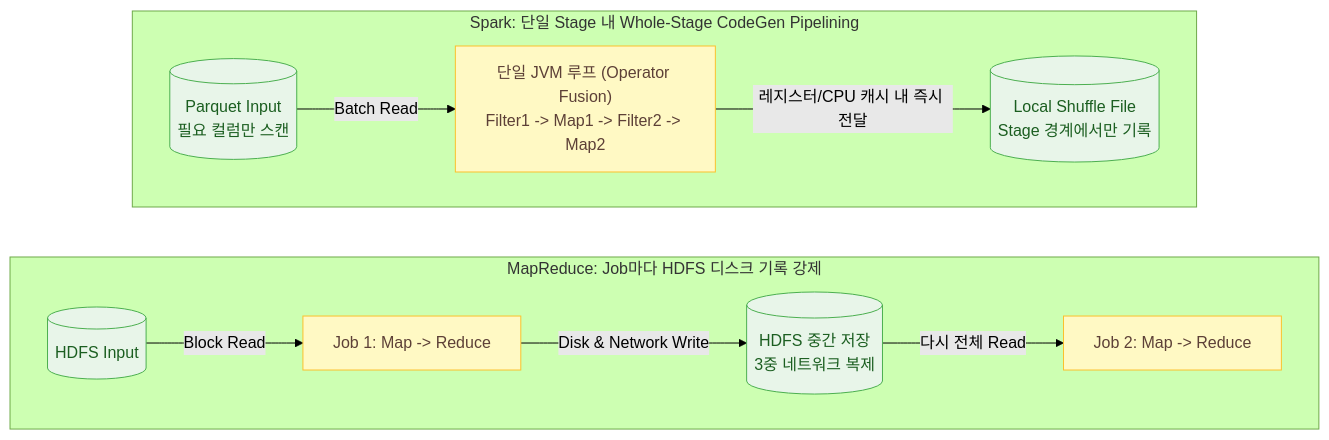
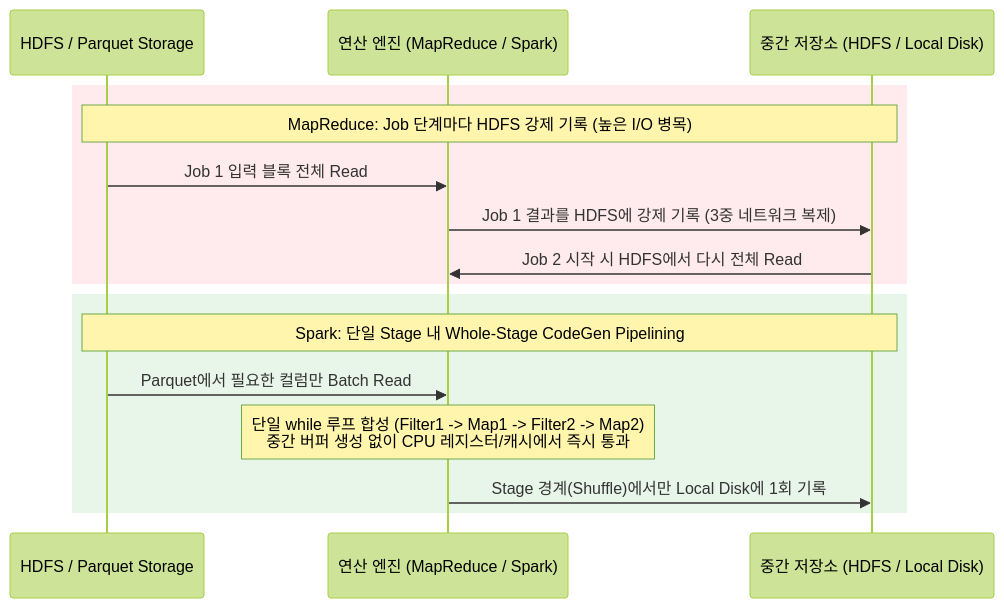
One commit to djpibo/djpibo.github.io changed the fourth of 11 diagrams in docs/dbms/distributed/mapreduce-spark-and-distributed-db-internals.md. Above: the diagram before and after it, drawn with Mermaid (forest theme). The commit also changed other lines of this file and 4 other files, not shown here.

Commit message:
style(mermaid): remove hachure fill, refactor key diagrams to sequence/decision-tree, and update AGENTS.md

````diff
--- a/docs/dbms/distributed/mapreduce-spark-and-distributed-db-internals.md
+++ b/docs/dbms/distributed/mapreduce-spark-and-distributed-db-internals.md
@@ -160,26 +155,20 @@
 ```mermaid
-flowchart LR
-    classDef storage fill:#E8F5E9,stroke:#4CAF50,color:#1B5E20;
-    classDef process fill:#FFF9C4,stroke:#FBC02D,color:#5D4037;
-    classDef cloud fill:#E1F5FE,stroke:#0288D1,color:#01579B;
+sequenceDiagram
+    participant Disk as HDFS / Parquet Storage
+    participant Eng as 연산 엔진 (MapReduce / Spark)
+    participant Mid as 중간 저장소 (HDFS / Local Disk)
 
-    subgraph MR_PIPE ["MapReduce: Job마다 HDFS 디스크 기록 강제"]
-        direction LR
-        HDFS_IN[("HDFS Input")]:::storage
-        MR_J1["Job 1: Map -> Reduce"]:::process
-        HDFS_MID[("HDFS 중간 저장<br/>3중 네트워크 복제")]:::storage
-        MR_J2["Job 2: Map -> Reduce"]:::process
-        HDFS_IN -->|"Block Read"| MR_J1
-        MR_J1 -->|"Disk & Network Write"| HDFS_MID
-        HDFS_MID -->|"다시 전체 Read"| MR_J2
+    rect rgb(255, 235, 238)
+        Note over Disk,Mid: MapReduce: Job 단계마다 HDFS 강제 기록 (높은 I/O 병목)
+        Disk->>Eng: Job 1 입력 블록 전체 Read
+        Eng->>Mid: Job 1 결과를 HDFS에 강제 기록 (3중 네트워크 복제)
+        Mid->>Eng: Job 2 시작 시 HDFS에서 다시 전체 Read
     end
 
-    subgraph SP_PIPE ["Spark: 단일 Stage 내 Whole-Stage CodeGen Pipelining"]
-        direction LR
-        SP_IN[("Parquet Input<br/>필요 컬럼만 스캔")]:::storage
-        FUSED["단일 JVM 루프 (Operator Fusion)<br/>Filter1 -> Map1 -> Filter2 -> Map2"]:::process
-        SHUF[("Local Shuffle File<br/>Stage 경계에서만 기록")]:::storage
-        SP_IN -->|"Batch Read"| FUSED
-        FUSED -->|"레지스터/CPU 캐시 내 즉시 전달"| SHUF
+    rect rgb(232, 245, 233)
+        Note over Disk,Mid: Spark: 단일 Stage 내 Whole-Stage CodeGen Pipelining
+        Disk->>Eng: Parquet에서 필요한 컬럼만 Batch Read
+        Note over Eng: 단일 while 루프 합성 (Filter1 -> Map1 -> Filter2 -> Map2)<br/>중간 버퍼 생성 없이 CPU 레지스터/캐시에서 즉시 통과
+        Eng->>Mid: Stage 경계(Shuffle)에서만 Local Disk에 1회 기록
     end
 ```
````
